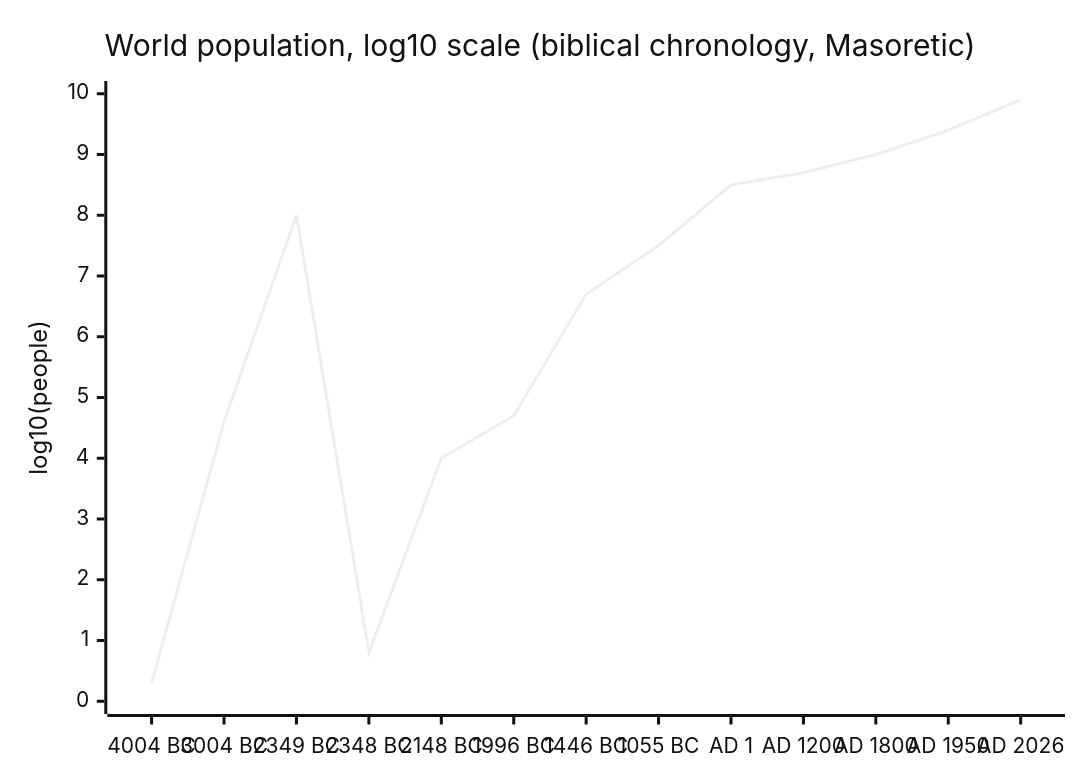
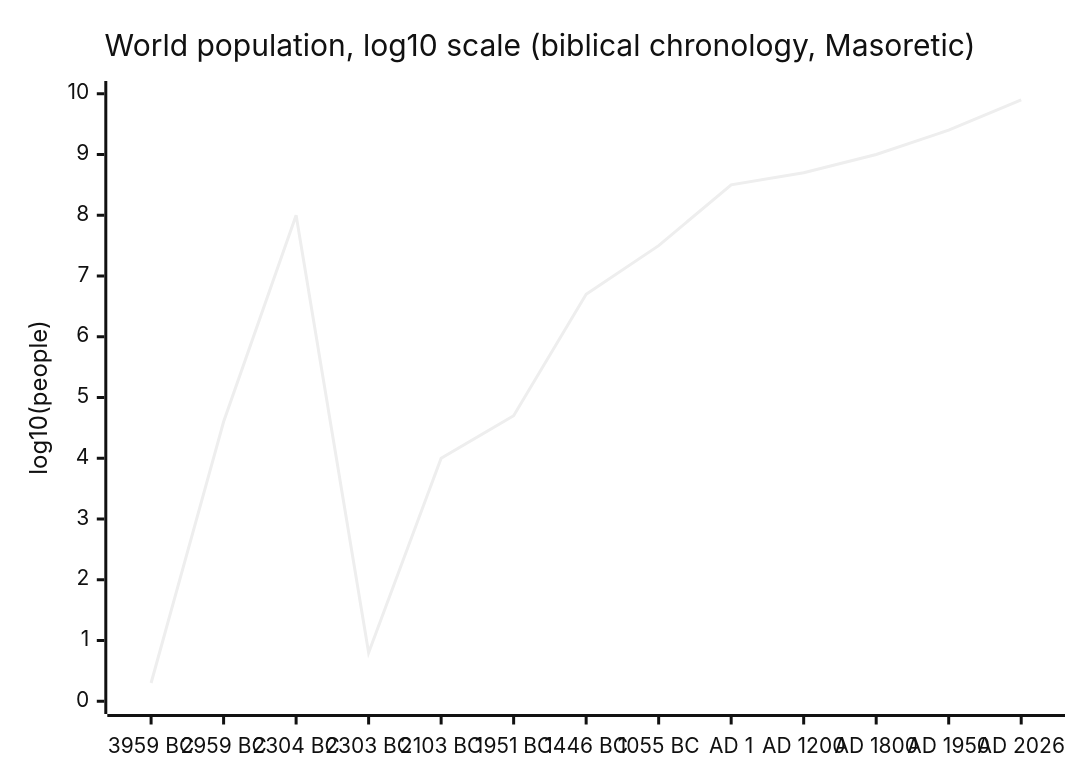
The second of 3 diagrams in docs/content/god/world-population-declares-gods-creation-and-biblical-truth.md (ding0t/bible_studies), drawn with Mermaid (neutral theme) before and after one commit. The commit also changed other lines of this file and 35 other files, not shown here.

````diff
--- a/docs/content/god/world-population-declares-gods-creation-and-biblical-truth.md
+++ b/docs/content/god/world-population-declares-gods-creation-and-biblical-truth.md
@@ -461,7 +462,7 @@
 ```mermaid
 xychart-beta
     title "World population, log10 scale (biblical chronology, Masoretic)"
-    x-axis ["4004 BC", "3004 BC", "2349 BC", "2348 BC", "2148 BC", "1996 BC", "1446 BC", "1055 BC", "AD 1", "AD 1200", "AD 1800", "AD 1950", "AD 2026"]
+    x-axis ["3959 BC", "2959 BC", "2304 BC", "2303 BC", "2103 BC", "1951 BC", "1446 BC", "1055 BC", "AD 1", "AD 1200", "AD 1800", "AD 1950", "AD 2026"]
     y-axis "log10(people)" 0 --> 10
     line [0.3, 4.6, 8.0, 0.8, 4.0, 4.7, 6.7, 7.5, 8.5, 8.7, 9.0, 9.4, 9.9]
 ```
````
